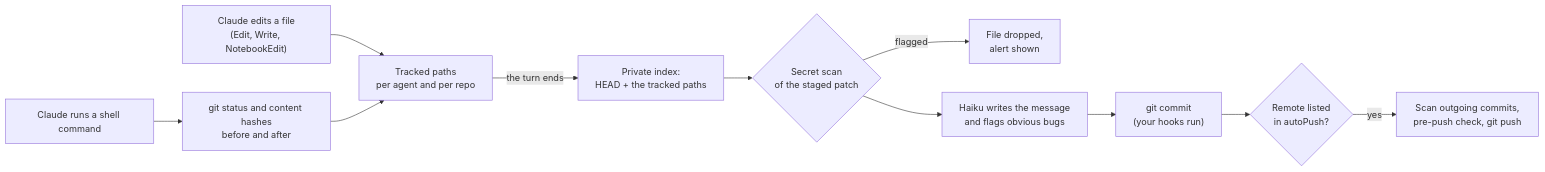
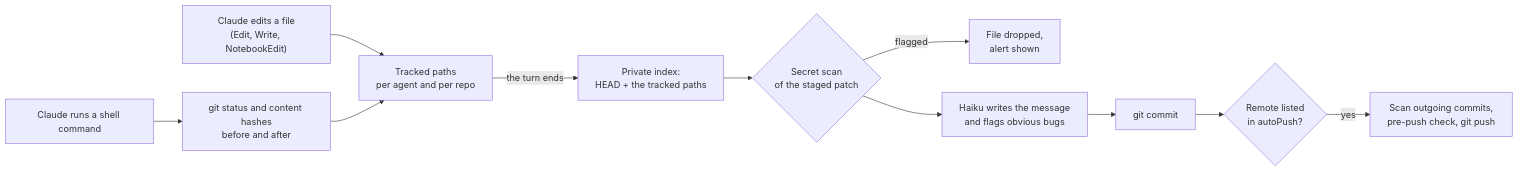
One commit to Iliesseu28/claude-autocommit changed the diagram in README.md. Above: the diagram before and after it, drawn with Mermaid. The commit also changed other lines of this file and 1 other file, not shown here.

First line of the commit message:
docs: state that git hooks do not run, and the new overlap guarantees

````diff
--- a/README.md
+++ b/README.md
@@ -58,12 +58,12 @@
 ```mermaid
 flowchart LR
   E["Claude edits a file<br/>(Edit, Write, NotebookEdit)"] --> T["Tracked paths<br/>per agent and per repo"]
   B["Claude runs a shell command"] --> S["git status and content hashes<br/>before and after"] --> T
   T -->|"the turn ends"| I["Private index:<br/>HEAD + the tracked paths"]
   I --> X{"Secret scan<br/>of the staged patch"}
   X -->|"flagged"| A["File dropped,<br/>alert shown"]
   X --> M["Haiku writes the message<br/>and flags obvious bugs"]
-  M --> C["git commit<br/>(your hooks run)"]
+  M --> C["git commit"]
   C --> P{"Remote listed<br/>in autoPush?"}
   P -->|"yes"| Q["Scan outgoing commits,<br/>pre-push check, git push"]
 ```
````
